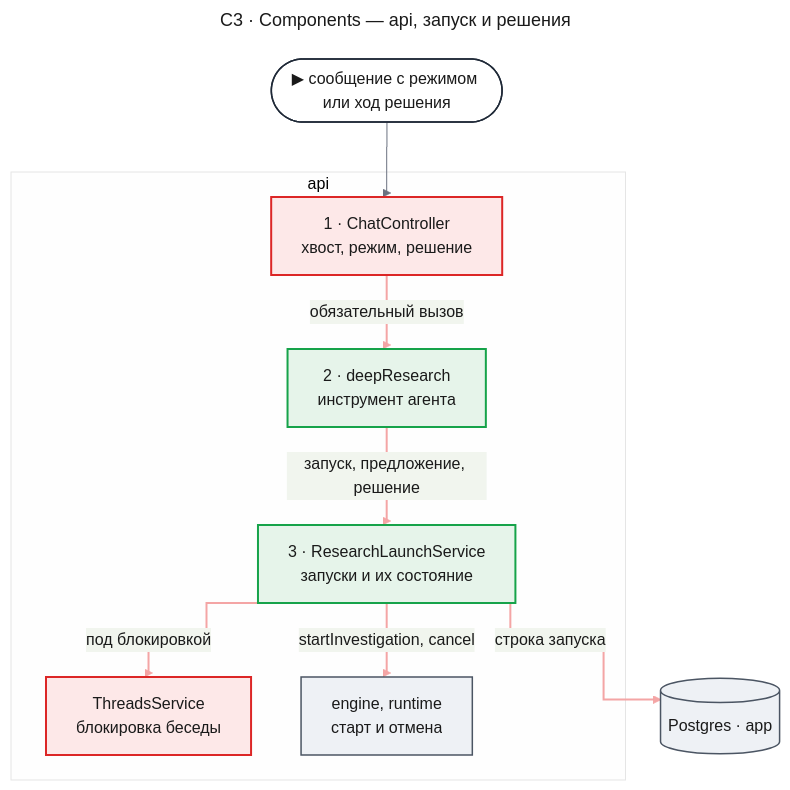
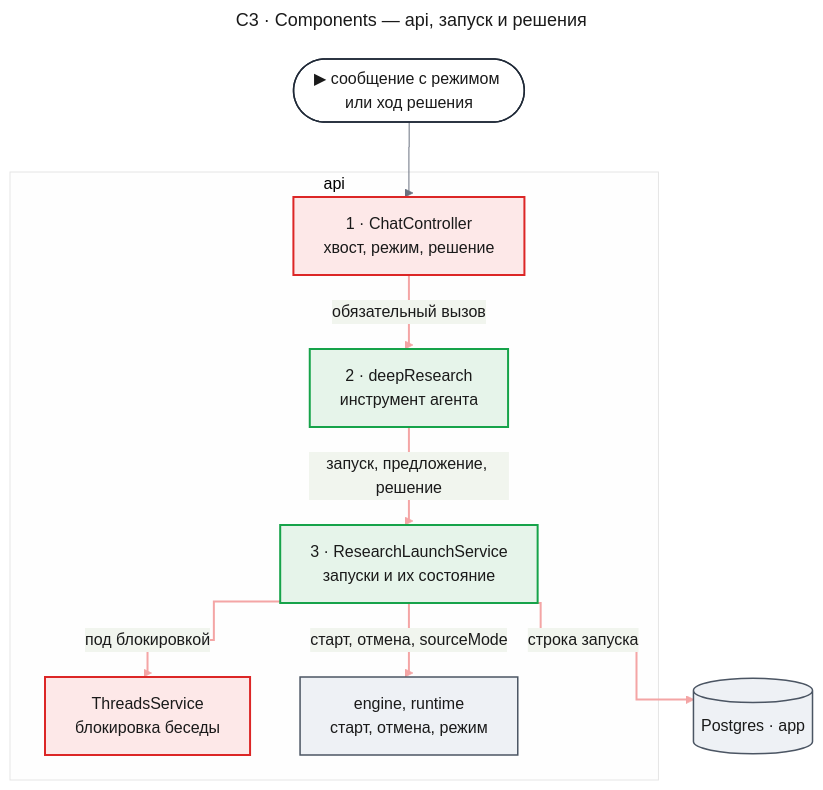
The second of 11 diagrams in docs/features/deep-research/design-chat-entry.md (tundraray/agent-os), drawn with Mermaid before and after one commit. The commit also changed other lines of this file and 1 other file, not shown here.

First line of the commit message:
docs(deep-research): design the no-source mode in engine and chat-entry

````diff
--- a/docs/features/deep-research/design-chat-entry.md
+++ b/docs/features/deep-research/design-chat-entry.md
@@ -198,51 +216,51 @@
 ```mermaid
 ---
 title: "C3 · Components — api, запуск и решения"
 config:
   theme: base
   look: classic
   themeVariables:
     primaryColor: "#eef1f5"
     primaryBorderColor: "#4b5563"
     primaryTextColor: "#1a1a1a"
     lineColor: "#6b7280"
   flowchart:
     curve: step
   themeCSS: |
     @keyframes lit_c3l{0%,18%{stroke:#991b1b;stroke-width:6px}20%,100%{stroke:#f4a5a5;stroke-width:2px}}
 ---
 flowchart TB
     entry(["▶ сообщение с режимом или ход решения"])
     subgraph api["api"]
         chat["1 · ChatController<br/>хвост, режим, решение"]
         tool["2 · deepResearch<br/>инструмент агента"]
         svc["3 · ResearchLaunchService<br/>запуски и их состояние"]
         threads["ThreadsService<br/>блокировка беседы"]
-        eng["engine, runtime<br/>старт и отмена"]
+        eng["engine, runtime<br/>старт, отмена, режим"]
     end
     db[("Postgres · app")]
     entry --> chat
     chat e1@-->|"обязательный вызов"| tool
     tool e2@-->|"запуск, предложение, решение"| svc
     svc e3@-->|"под блокировкой"| threads
     svc e4@-->|"строка запуска"| db
-    svc e5@-->|"startInvestigation, cancel"| eng
+    svc e5@-->|"старт, отмена, sourceMode"| eng
     classDef entry fill:#ffffff,stroke:#1f2937,stroke-width:1.5px,color:#1a1a1a
     classDef changed fill:#fde8e8,stroke:#dc2626,stroke-width:2px,color:#1a1a1a
     classDef new fill:#e6f4ea,stroke:#16a34a,stroke-width:2px,color:#1a1a1a
     classDef unchanged fill:#eef1f5,stroke:#4b5563,stroke-width:1.5px,color:#1a1a1a
     class entry entry
     class chat,threads changed
     class tool,svc new
     class eng,db unchanged
     classDef w1 stroke:#f4a5a5,stroke-width:2px,animation:lit_c3l 6s linear 0s infinite
     classDef w2 stroke:#f4a5a5,stroke-width:2px,animation:lit_c3l 6s linear 1.2s infinite
     classDef w3 stroke:#f4a5a5,stroke-width:2px,animation:lit_c3l 6s linear 2.4s infinite
     classDef w4 stroke:#f4a5a5,stroke-width:2px,animation:lit_c3l 6s linear 3.6s infinite
     classDef w5 stroke:#f4a5a5,stroke-width:2px,animation:lit_c3l 6s linear 4.8s infinite
     class e1 w1
     class e2 w2
     class e3 w3
     class e4 w4
     class e5 w5
 ```
````
